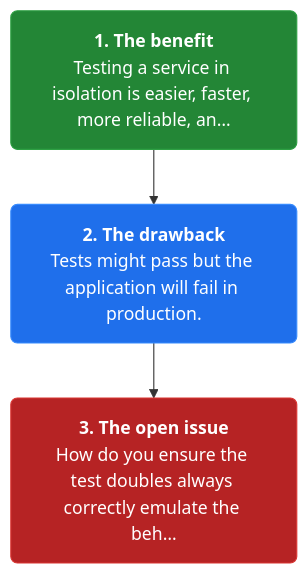
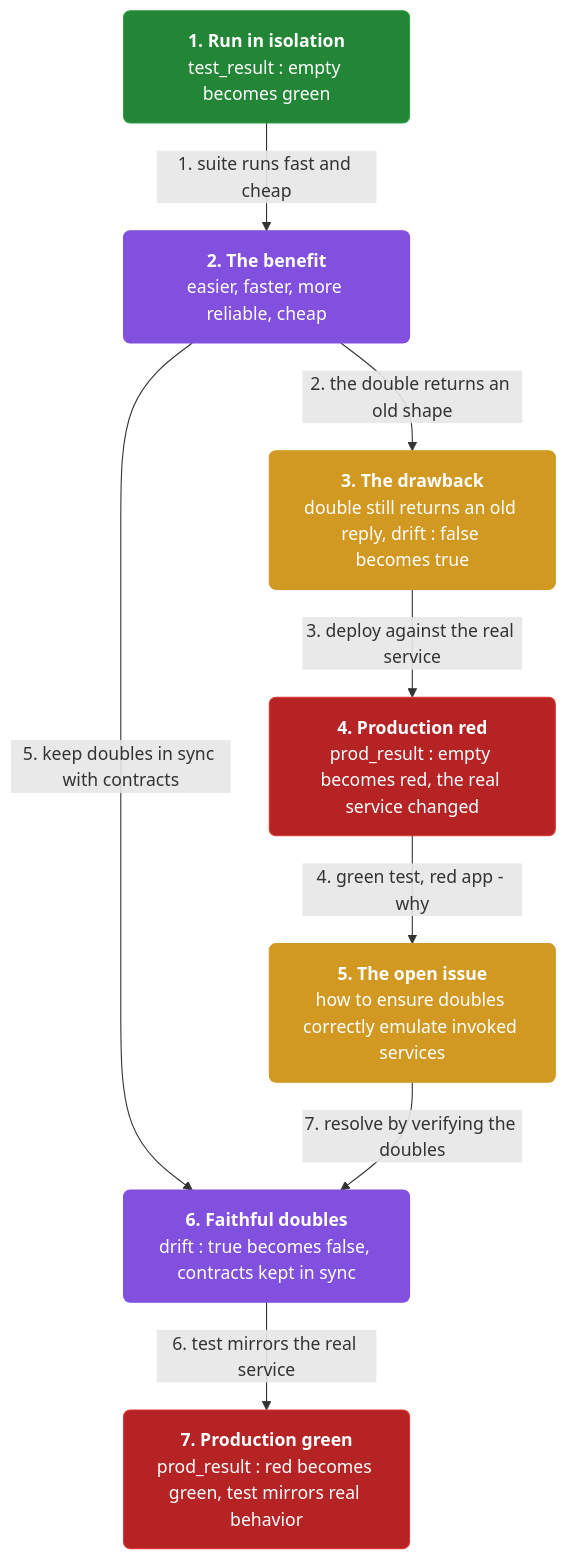
The fourth of 4 diagrams in docs/ch27-service-component-test.md (vinayakuber/microservices-io-study-guide), drawn with Mermaid before and after one commit. The commit also changed other lines of this file and 46 other files, not shown here.

First line of the commit message:
Author rich branching flow diagrams for all 44 chapters

````diff
--- a/docs/ch27-service-component-test.md
+++ b/docs/ch27-service-component-test.md
@@ -131,11 +166,22 @@
 ```mermaid
 flowchart TD
-  classDef step fill:#1f6feb,color:#ffffff,stroke:#388bfd,stroke-width:1px,rx:6
+  classDef step fill:#1f6feb,color:#ffffff,stroke:#388bfd,rx:6
+  classDef core fill:#8250df,color:#ffffff,stroke:#8250df,rx:6
+  classDef warn fill:#d29922,color:#ffffff,stroke:#d29922,rx:6
   classDef start fill:#238636,color:#ffffff,stroke:#2ea043,rx:6
   classDef stop fill:#b62324,color:#ffffff,stroke:#da3633,rx:6
-  s3n0["<b>1. The benefit</b><br/>Testing a service in isolation is easier, faster, more reliable, an…"]:::start
-  s3n1["<b>2. The drawback</b><br/>Tests might pass but the application will fail in production."]:::step
-  s3n2["<b>3. The open issue</b><br/>How do you ensure the test doubles always correctly emulate the beh…"]:::stop
-  s3n0 --> s3n1
-  s3n1 --> s3n2
+  n0["<b>1. Run in isolation</b><br/>test_result : empty becomes green"]:::start
+  n1["<b>2. The benefit</b><br/>easier, faster, more reliable, cheap"]:::core
+  n2["<b>3. The drawback</b><br/>double still returns an old reply, drift : false becomes true"]:::warn
+  n3["<b>4. Production red</b><br/>prod_result : empty becomes red, the real service changed"]:::stop
+  n4["<b>5. The open issue</b><br/>how to ensure doubles correctly emulate invoked services"]:::warn
+  n5["<b>6. Faithful doubles</b><br/>drift : true becomes false, contracts kept in sync"]:::core
+  n6["<b>7. Production green</b><br/>prod_result : red becomes green, test mirrors real behavior"]:::stop
+  n0 -->|"1. suite runs fast and cheap"| n1
+  n1 -->|"2. the double returns an old shape"| n2
+  n2 -->|"3. deploy against the real service"| n3
+  n3 -->|"4. green test, red app - why"| n4
+  n1 -->|"5. keep doubles in sync with contracts"| n5
+  n5 -->|"6. test mirrors the real service"| n6
+  n4 -->|"7. resolve by verifying the doubles"| n5
 ```
````
